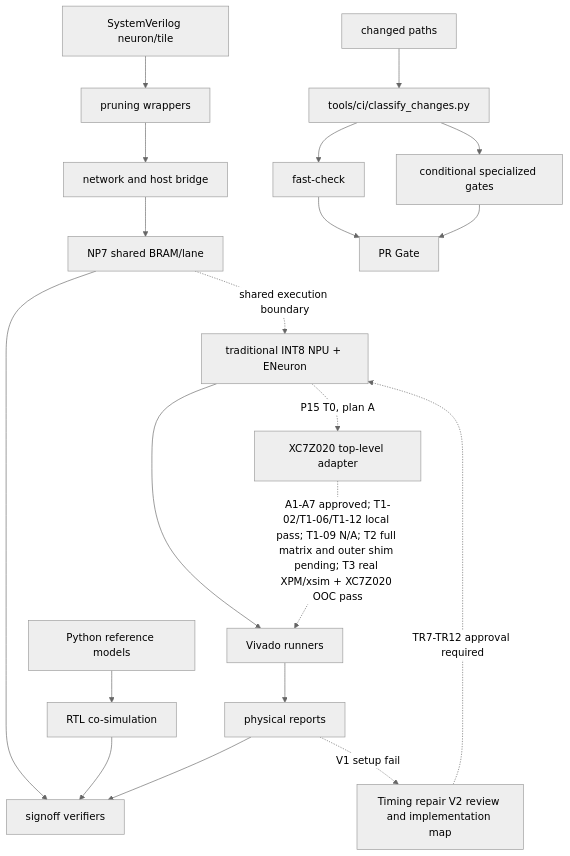
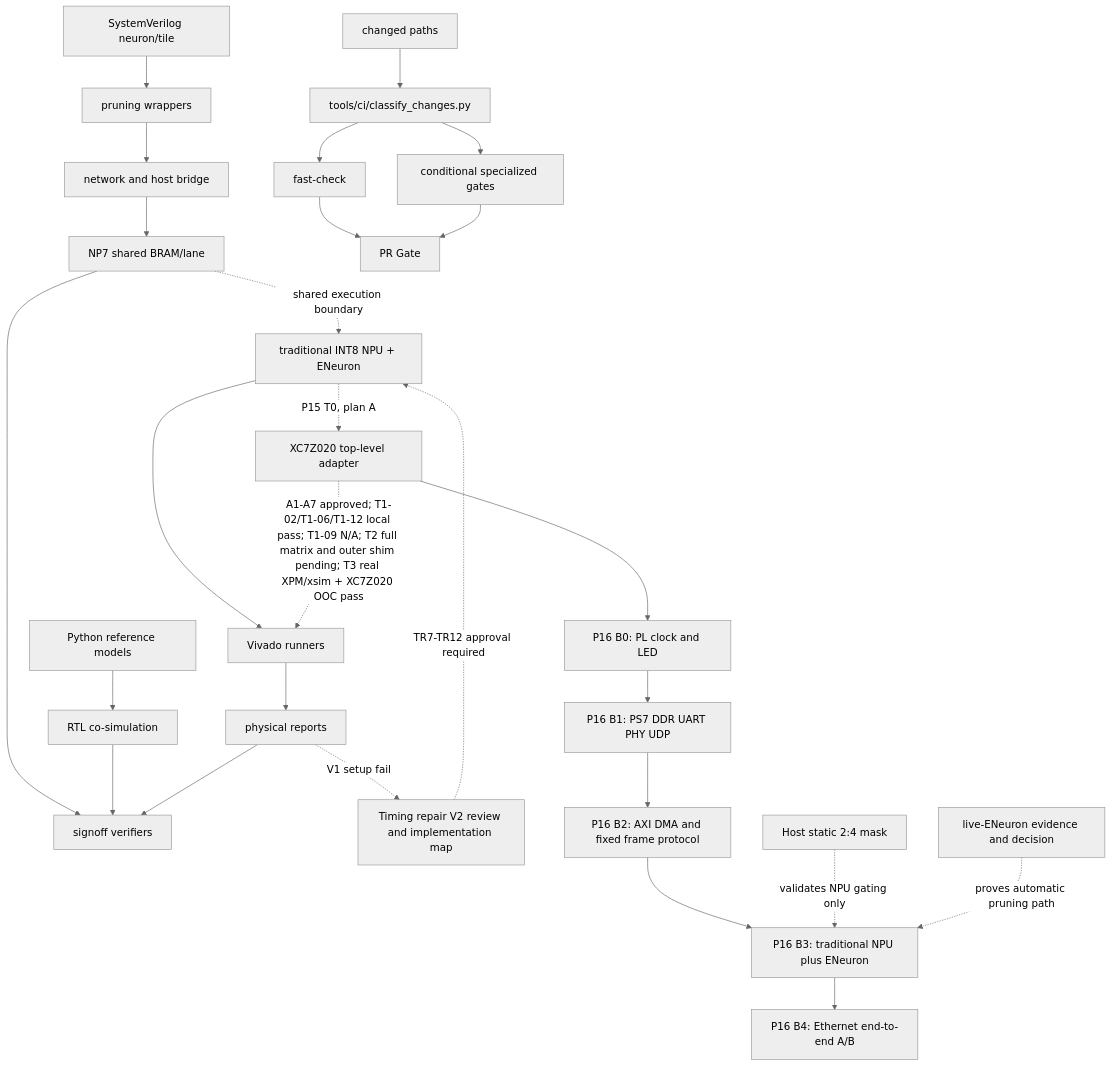
Before and after one commit to Epslion404/ENeuron: the diagram in .nexus-map/arch/dependencies.md, drawn with Mermaid (neutral theme). The commit also changed 23 other files, not shown here.

````diff
--- a/.nexus-map/arch/dependencies.md
+++ b/.nexus-map/arch/dependencies.md
@@ -9,22 +9,29 @@
 ```mermaid
 graph TD
   ref[Python reference models] --> cosim[RTL co-simulation]
   rtl[SystemVerilog neuron/tile] --> wrap[pruning wrappers]
   wrap --> net[network and host bridge]
   net --> np7[NP7 shared BRAM/lane]
   np7 --> verify[signoff verifiers]
   cosim --> verify[signoff verifiers]
   vivado[Vivado runners] --> reports[physical reports]
   reports --> verify
   reports -. V1 setup fail .-> timing[Timing repair V2 review and implementation map]
   timing -. TR7-TR12 approval required .-> npu
   np7 -. shared execution boundary .-> npu[traditional INT8 NPU + ENeuron]
   npu --> vivado
   npu -. P15 T0, plan A .-> p15[XC7Z020 top-level adapter]
   p15 -. A1-A7 approved; T1-02/T1-06/T1-12 local pass; T1-09 N/A; T2 full matrix and outer shim pending; T3 real XPM/xsim + XC7Z020 OOC pass .-> vivado
+  p15 --> b0[P16 B0: PL clock and LED]
+  b0 --> b1[P16 B1: PS7 DDR UART PHY UDP]
+  b1 --> b2[P16 B2: AXI DMA and fixed frame protocol]
+  b2 --> b3[P16 B3: traditional NPU plus ENeuron]
+  b3 --> b4[P16 B4: Ethernet end-to-end A/B]
+  hostmask[Host static 2:4 mask] -. validates NPU gating only .-> b3
+  live[live-ENeuron evidence and decision] -. proves automatic pruning path .-> b3
   changes[changed paths] --> classify[tools/ci/classify_changes.py]
   classify --> fast[fast-check]
   classify --> specialized[conditional specialized gates]
   fast --> gate[PR Gate]
   specialized --> gate
 ```
````
